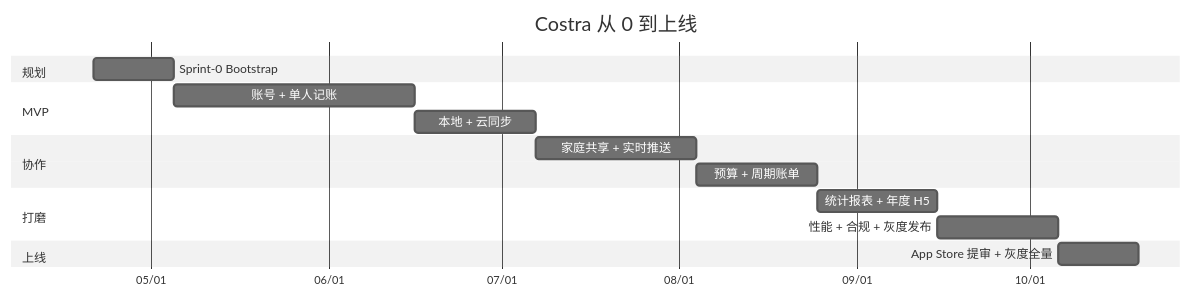
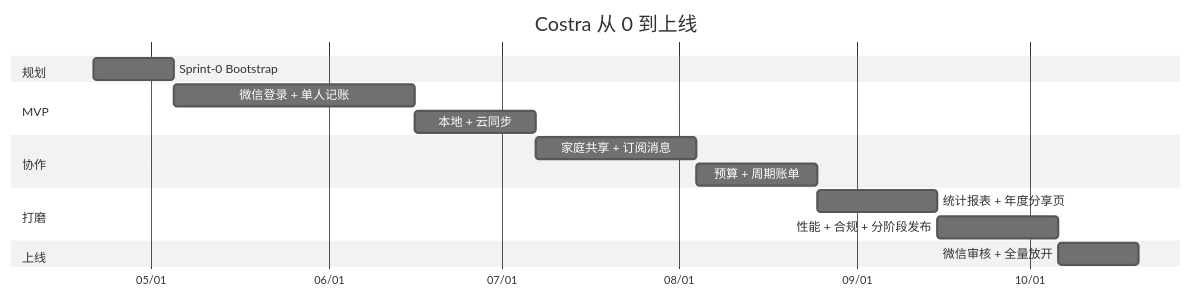
The second of 2 diagrams in COSTRA-BLUEPRINT.md (stdmkmehp/Costra), drawn with Mermaid (neutral theme) before and after one commit. The commit also changed other lines of this file and 22 other files, not shown here.

````diff
--- a/COSTRA-BLUEPRINT.md
+++ b/COSTRA-BLUEPRINT.md
@@ -398,20 +415,20 @@
 ```mermaid
 gantt
   title Costra 从 0 到上线
   dateFormat  YYYY-MM-DD
   axisFormat  %m/%d
 
   section 规划
   Sprint-0 Bootstrap          :a1, 2026-04-21, 14d
   section MVP
-  账号 + 单人记账              :a2, after a1, 42d
+  微信登录 + 单人记账          :a2, after a1, 42d
   本地 + 云同步                :a3, after a2, 21d
   section 协作
-  家庭共享 + 实时推送          :b1, after a3, 28d
+  家庭共享 + 订阅消息          :b1, after a3, 28d
   预算 + 周期账单              :b2, after b1, 21d
   section 打磨
-  统计报表 + 年度 H5           :c1, after b2, 21d
-  性能 + 合规 + 灰度发布       :c2, after c1, 21d
+  统计报表 + 年度分享页        :c1, after b2, 21d
+  性能 + 合规 + 分阶段发布     :c2, after c1, 21d
   section 上线
-  App Store 提审 + 灰度全量    :d1, after c2, 14d
+  微信审核 + 全量放开          :d1, after c2, 14d
 ```
````
